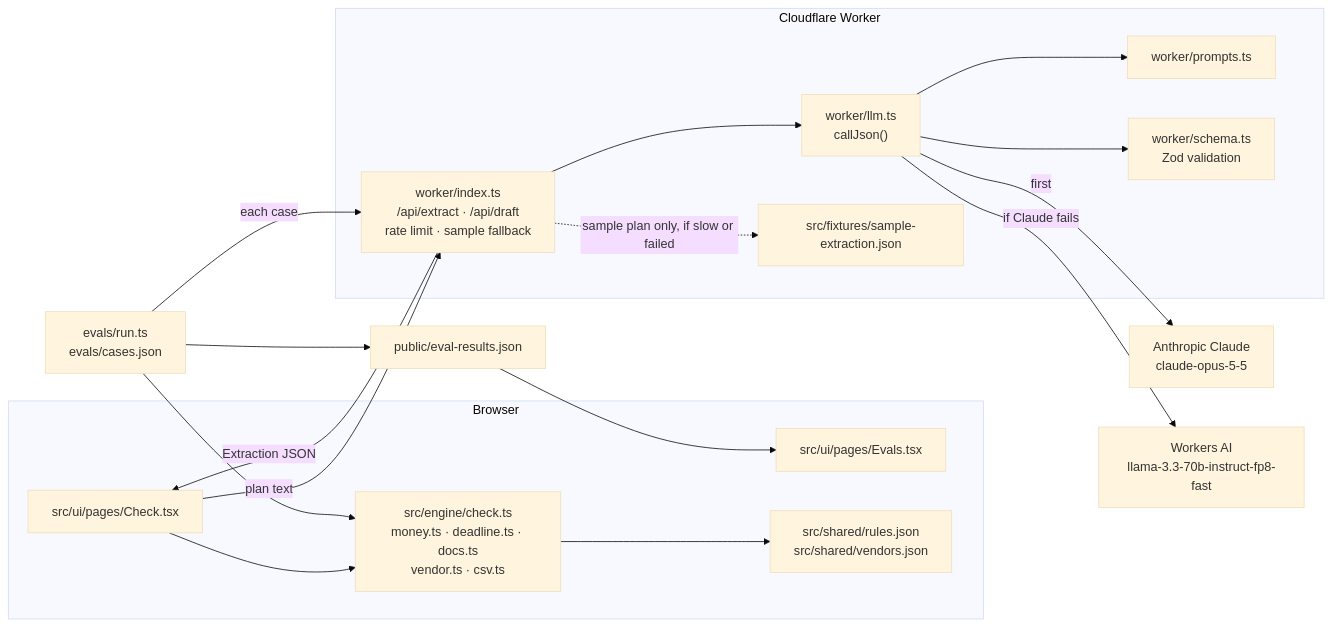
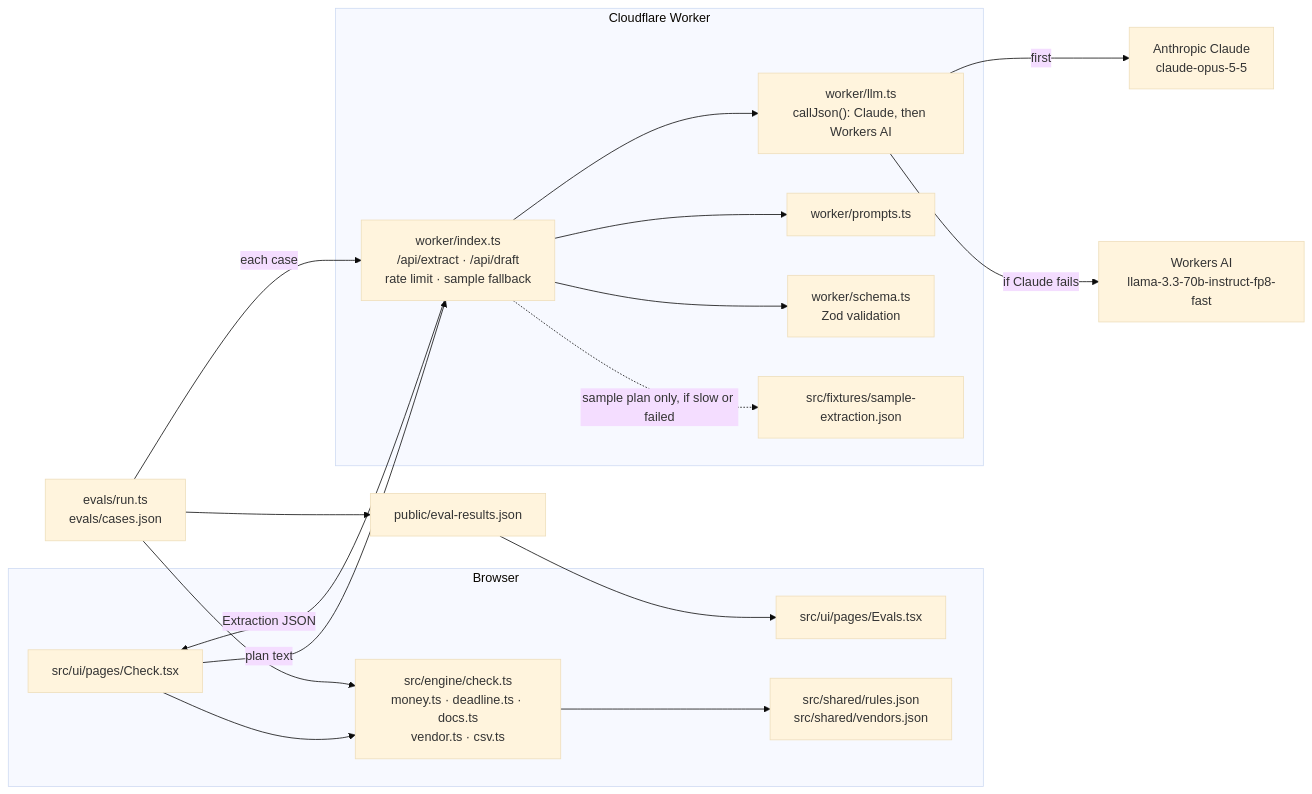
Before and after one commit to DY0810/fundcheck: the diagram in README.md, drawn with Mermaid (base theme). The commit also changed other lines of this file and 4 other files, not shown here.

Commit message:
docs: tighten script timing, mark provisional parts, fix diagram and quote sources

````diff
--- a/README.md
+++ b/README.md
@@ -44,35 +44,35 @@
 ```mermaid
 flowchart LR
   subgraph Browser
     Check["src/ui/pages/Check.tsx"]
     Evals["src/ui/pages/Evals.tsx"]
     Engine["src/engine/check.ts<br/>money.ts · deadline.ts · docs.ts<br/>vendor.ts · csv.ts"]
     Data["src/shared/rules.json<br/>src/shared/vendors.json"]
   end
   subgraph Worker["Cloudflare Worker"]
     Index["worker/index.ts<br/>/api/extract · /api/draft<br/>rate limit · sample fallback"]
-    LLM["worker/llm.ts<br/>callJson()"]
+    LLM["worker/llm.ts<br/>callJson(): Claude, then Workers AI"]
     Prompts["worker/prompts.ts"]
     Schema["worker/schema.ts<br/>Zod validation"]
     Cached["src/fixtures/sample-extraction.json"]
   end
   Claude["Anthropic Claude<br/>claude-opus-5-5"]
   WAI["Workers AI<br/>llama-3.3-70b-instruct-fp8-fast"]
   Runner["evals/run.ts<br/>evals/cases.json"]
   Results["public/eval-results.json"]
 
   Check -- "plan text" --> Index
+  Index --> Prompts
+  Index --> Schema
   Index --> LLM
-  LLM --> Prompts
   LLM -- "first" --> Claude
   LLM -- "if Claude fails" --> WAI
-  LLM --> Schema
   Index -. "sample plan only, if slow or failed" .-> Cached
   Index -- "Extraction JSON" --> Check
   Check --> Engine
   Engine --> Data
   Runner -- "each case" --> Index
   Runner --> Engine
   Runner --> Results
   Results --> Evals
 ```
````
